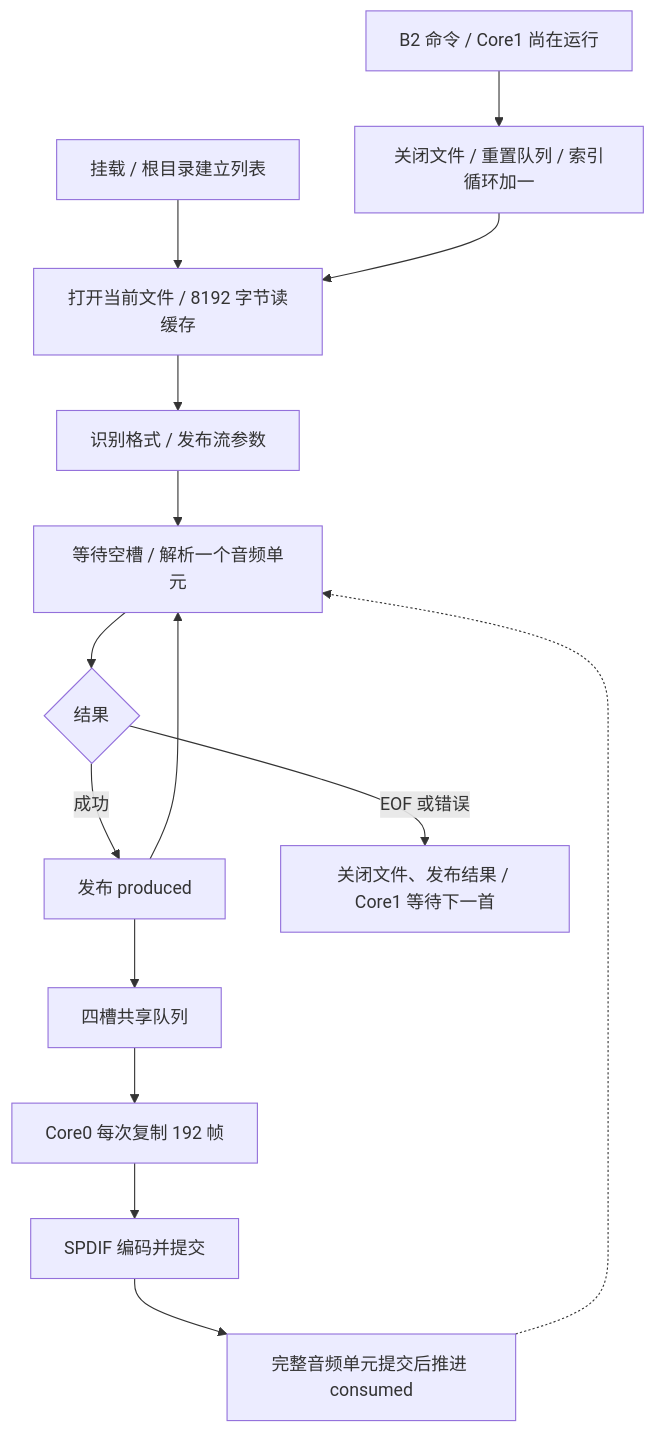
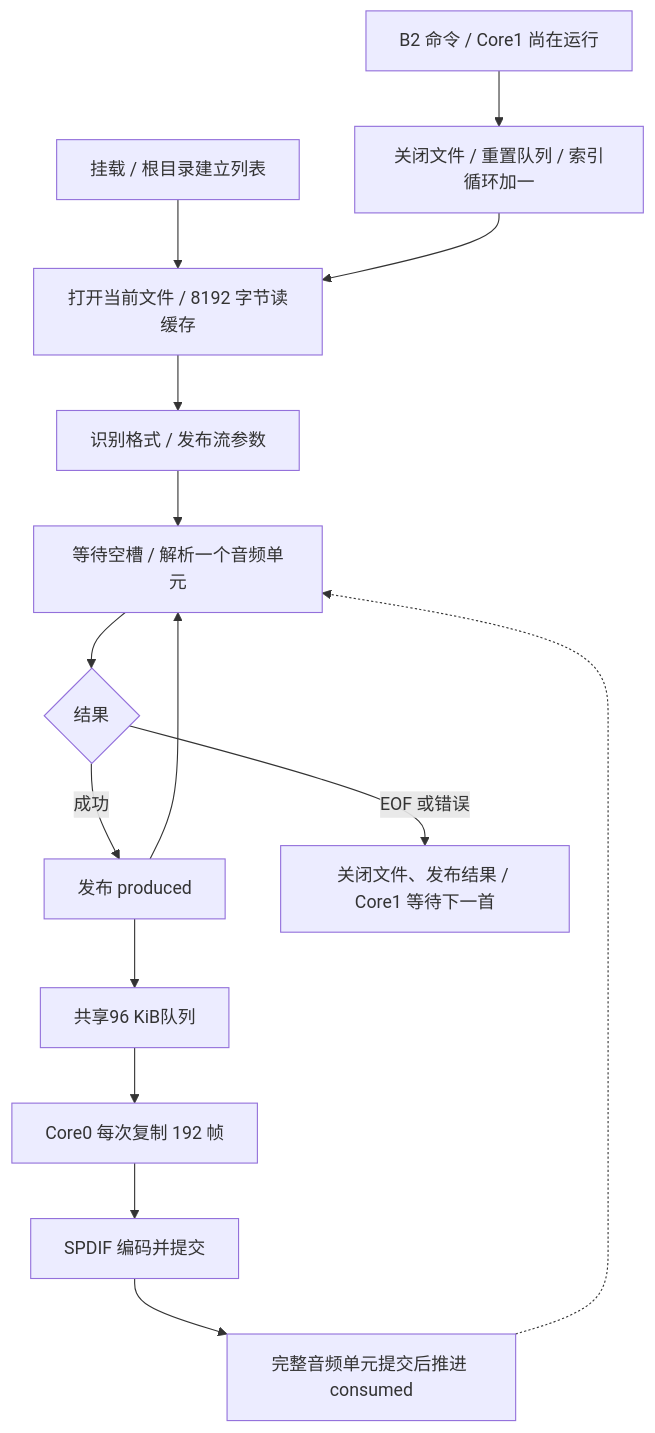
One commit to Leihognlun/pico-dac2 changed the third of 5 diagrams in PROGRAM_LOGIC.md. Above: the diagram before and after it, drawn with Mermaid. The commit also changed other lines of this file and 5 other files, not shown here.

````diff
--- a/PROGRAM_LOGIC.md
+++ b/PROGRAM_LOGIC.md
@@ -121,17 +122,17 @@
 ```mermaid
 flowchart TD
     MOUNT[挂载 / 根目录建立列表] --> OPEN[打开当前文件 / 8192 字节读缓存]
     OPEN --> FORMAT[识别格式 / 发布流参数]
     FORMAT --> PACK[等待空槽 / 解析一个音频单元]
     PACK --> RESULT{结果}
     RESULT -->|成功| PUB[发布 produced]
     PUB --> PACK
     RESULT -->|EOF 或错误| END[关闭文件、发布结果 / Core1 等待下一首]
     NEXT[B2 命令 / Core1 尚在运行] --> SWITCH[关闭文件 / 重置队列 / 索引循环加一]
     SWITCH --> OPEN
-    PUB --> Q[四槽共享队列]
+    PUB --> Q[共享96 KiB队列]
     Q --> OUT[Core0 每次复制 192 帧]
     OUT --> SUBMIT[SPDIF 编码并提交]
     SUBMIT --> RELEASE[完整音频单元提交后推进 consumed]
     RELEASE -.-> PACK
 ```
````
